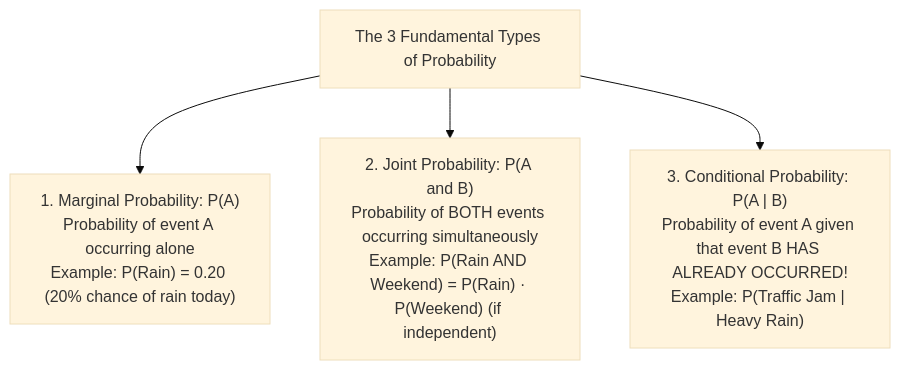
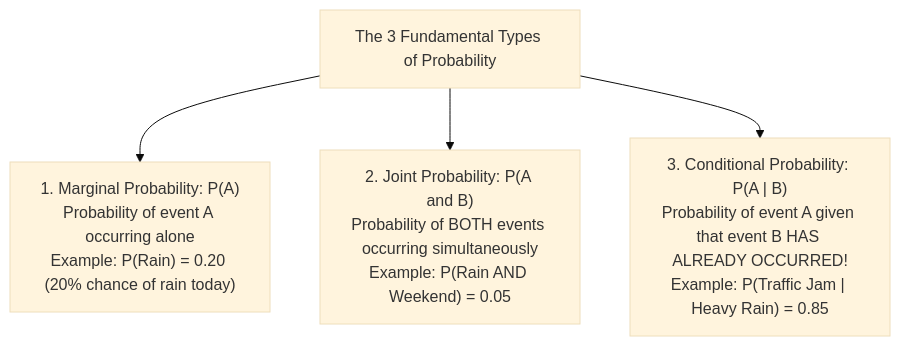
Before and after one commit to jashu-16/cv_engineering: the first of 8 diagrams in docs/00-math-foundations/level-03-probability-statistics.md, drawn with Mermaid (base theme). The commit also changed other lines of this file and 5 other files, not shown here.

````diff
--- a/docs/00-math-foundations/level-03-probability-statistics.md
+++ b/docs/00-math-foundations/level-03-probability-statistics.md
@@ -53,8 +53,8 @@
 ```mermaid
 flowchart TD
     ProbRules["The 3 Fundamental Types of Probability"]
     
     ProbRules --> Marg["1. Marginal Probability: P(A)\nProbability of event A occurring alone\nExample: P(Rain) = 0.20 (20% chance of rain today)"]
-    ProbRules --> Joint["2. Joint Probability: P(A and B)\nProbability of BOTH events occurring simultaneously\nExample: P(Rain AND Weekend) = P(Rain) · P(Weekend) (if independent)"]
-    ProbRules --> Cond["3. Conditional Probability: P(A | B)\nProbability of event A given that event B HAS ALREADY OCCURRED!\nExample: P(Traffic Jam | Heavy Rain)"]
+    ProbRules --> Joint["2. Joint Probability: P(A and B)\nProbability of BOTH events occurring simultaneously\nExample: P(Rain AND Weekend) = 0.05"]
+    ProbRules --> Cond["3. Conditional Probability: P(A | B)\nProbability of event A given that event B HAS ALREADY OCCURRED!\nExample: P(Traffic Jam | Heavy Rain) = 0.85"]
 ```
````
